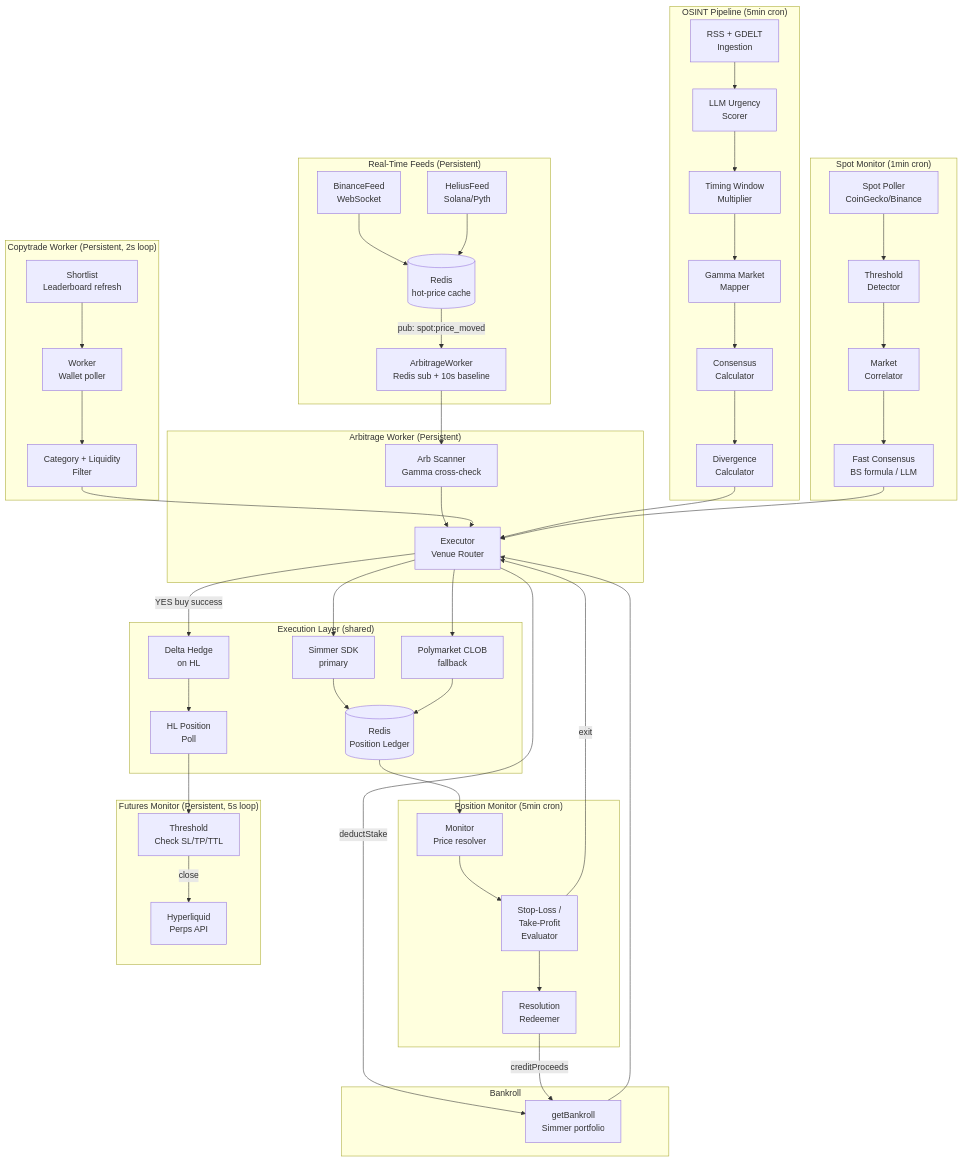
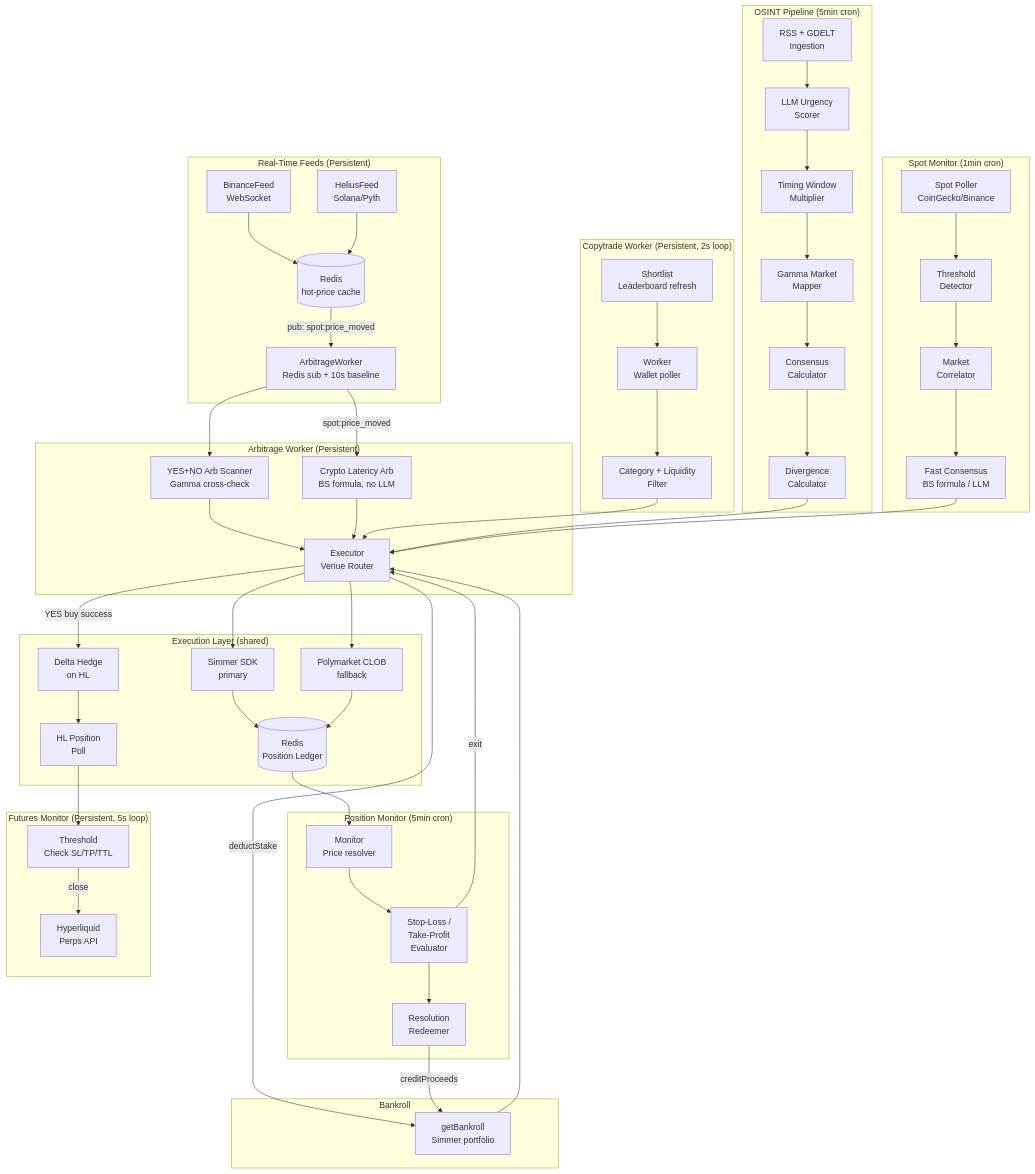
One commit to romeo-folie/polyhype-bot changed the diagram in README.md. Above: the diagram before and after it, drawn with Mermaid. The commit also changed other lines of this file, not shown here.

Commit message:
docs(readme): document Phase 7 crypto latency arb — dual arb paths, asset table, new config vars, module reference

````diff
--- a/README.md
+++ b/README.md
@@ -11,62 +11,64 @@
 ```mermaid
 graph TD
     subgraph "Real-Time Feeds (Persistent)"
         BF[BinanceFeed\nWebSocket] --> RC[(Redis\nhot-price cache)]
         HF[HeliusFeed\nSolana/Pyth] --> RC
         RC -->|pub: spot:price_moved| AW
     end
 
     subgraph "Arbitrage Worker (Persistent)"
-        AW[ArbitrageWorker\nRedis sub + 10s baseline] --> AS[Arb Scanner\nGamma cross-check]
+        AW[ArbitrageWorker\nRedis sub + 10s baseline] --> AS[YES+NO Arb Scanner\nGamma cross-check]
         AS --> EXEC
+        AW -->|spot:price_moved| CA[Crypto Latency Arb\nBS formula, no LLM]
+        CA --> EXEC
     end
 
     subgraph "Copytrade Worker (Persistent, 2s loop)"
         SL[Shortlist\nLeaderboard refresh] --> CW[Worker\nWallet poller]
         CW --> CF[Category + Liquidity\nFilter]
         CF --> EXEC
     end
 
     subgraph "OSINT Pipeline (5min cron)"
         RSS[RSS + GDELT\nIngestion] --> US[LLM Urgency\nScorer]
         US --> TW[Timing Window\nMultiplier]
         TW --> MM[Gamma Market\nMapper]
         MM --> CC[Consensus\nCalculator]
         CC --> DC[Divergence\nCalculator]
         DC --> EXEC
     end
 
     subgraph "Spot Monitor (1min cron)"
         SP[Spot Poller\nCoinGecko/Binance] --> TD[Threshold\nDetector]
         TD --> MC[Market\nCorrelator]
         MC --> FC[Fast Consensus\nBS formula / LLM]
         FC --> EXEC
     end
 
     subgraph "Execution Layer (shared)"
         EXEC[Executor\nVenue Router] --> SIM[Simmer SDK\nprimary]
         EXEC --> CLOB[Polymarket CLOB\nfallback]
         EXEC -->|YES buy success| DH[Delta Hedge\non HL]
         DH --> FM
         SIM --> PL[(Redis\nPosition Ledger)]
         CLOB --> PL
     end
 
     subgraph "Position Monitor (5min cron)"
         PL --> PM[Monitor\nPrice resolver]
         PM --> SL_TP[Stop-Loss /\nTake-Profit\nEvaluator]
         SL_TP -->|exit| EXEC
         SL_TP --> RR[Resolution\nRedeemer]
     end
 
     subgraph "Futures Monitor (Persistent, 5s loop)"
         FM[HL Position\nPoll] --> FT[Threshold\nCheck SL/TP/TTL]
         FT -->|close| HL[Hyperliquid\nPerps API]
     end
 
     subgraph "Bankroll"
         BK[getBankroll\nSimmer portfolio] --> EXEC
         EXEC -->|deductStake| BK
         RR -->|creditProceeds| BK
     end
 ```
````
